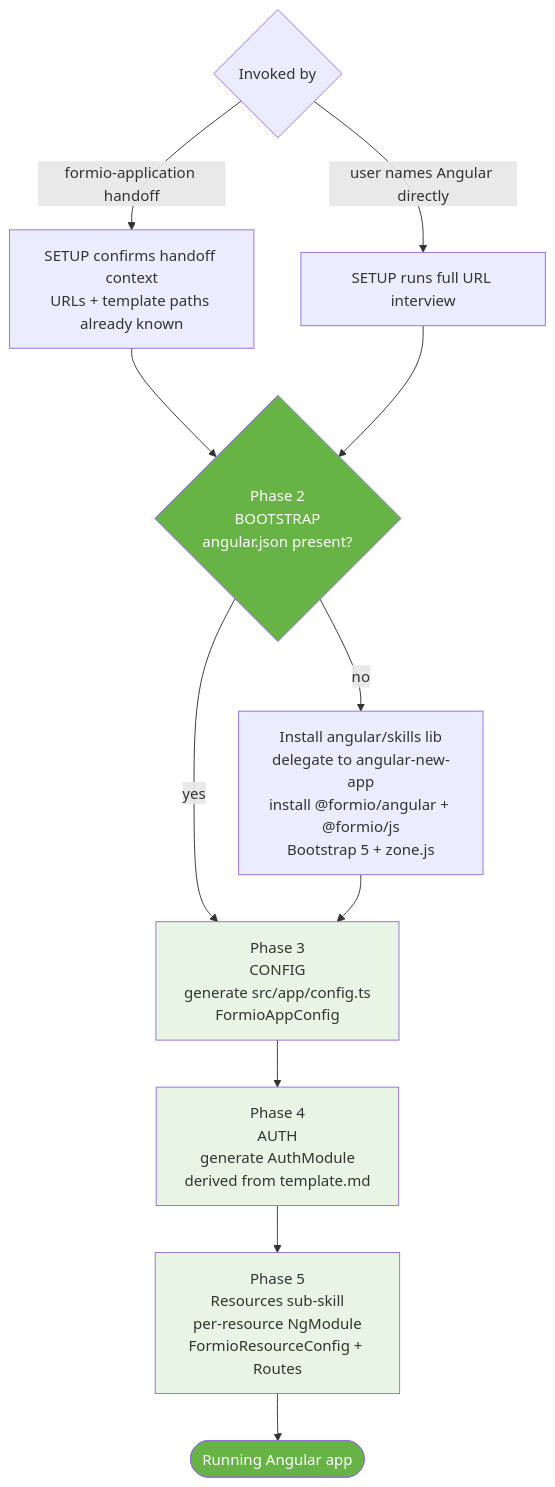
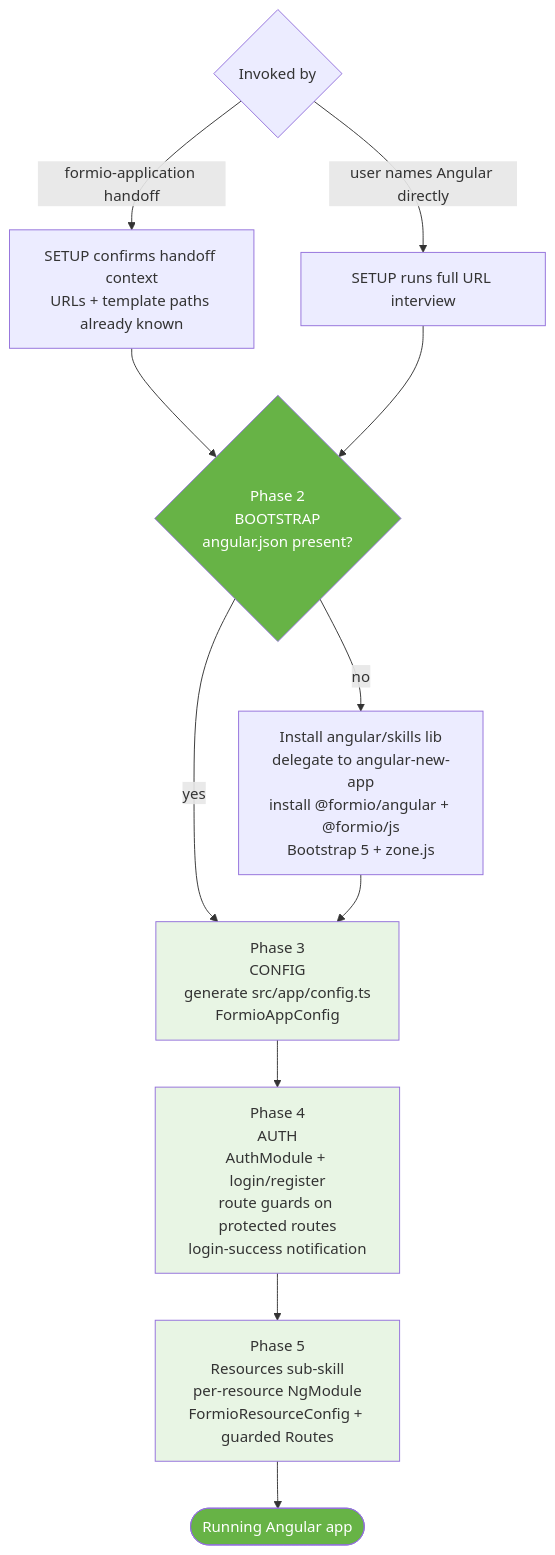
Before and after one commit to formio/ai: the fifth of 9 diagrams in README.md, drawn with Mermaid. The commit also changed other lines of this file and 1 other file, not shown here.

````diff
--- a/README.md
+++ b/README.md
@@ -283,23 +341,23 @@
 ```mermaid
 flowchart TD
     Entry{Invoked by} -->|formio-application handoff| Handoff[SETUP confirms handoff context<br/>URLs + template paths already known]
     Entry -->|user names Angular directly| Direct[SETUP runs full URL interview]
 
     Handoff --> Bootstrap
     Direct --> Bootstrap
 
     Bootstrap{Phase 2<br/>BOOTSTRAP<br/>angular.json present?}
     Bootstrap -->|no| Install[Install angular/skills lib<br/>delegate to angular-new-app<br/>install @formio/angular + @formio/js<br/>Bootstrap 5 + zone.js]
     Bootstrap -->|yes| Config
 
     Install --> Config[Phase 3<br/>CONFIG<br/>generate src/app/config.ts<br/>FormioAppConfig]
-    Config --> AuthPhase[Phase 4<br/>AUTH<br/>generate AuthModule<br/>derived from template.md]
-    AuthPhase --> Resources[Phase 5<br/>Resources sub-skill<br/>per-resource NgModule<br/>FormioResourceConfig + Routes]
+    Config --> AuthPhase[Phase 4<br/>AUTH<br/>AuthModule + login/register<br/>route guards on protected routes<br/>login-success notification]
+    AuthPhase --> Resources[Phase 5<br/>Resources sub-skill<br/>per-resource NgModule<br/>FormioResourceConfig + guarded Routes]
     Resources --> Done([Running Angular app])
 
     style Bootstrap fill:#67b346,color:#fff
     style Config fill:#e8f5e4
     style AuthPhase fill:#e8f5e4
     style Resources fill:#e8f5e4
     style Done fill:#67b346,color:#fff
 ```
````
